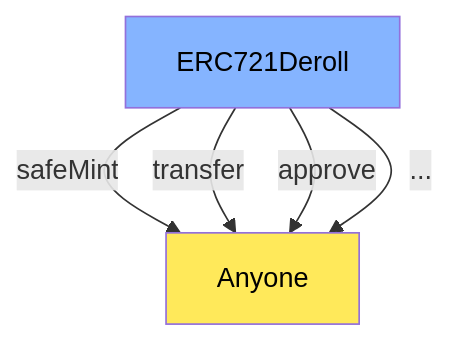
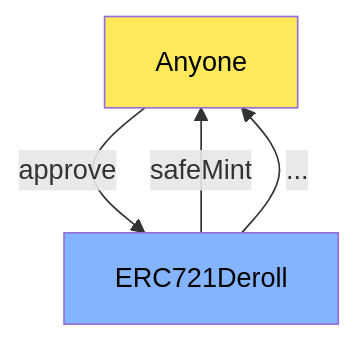
The fourth of 5 diagrams in contracts/README.md (Mugen-Builders/echo-plus-deroll), drawn with Mermaid before and after one commit. The commit also changed other lines of this file and 15 other files, not shown here.

````diff
--- a/contracts/README.md
+++ b/contracts/README.md
@@ -79,13 +79,12 @@
 ```mermaid
 graph TD
     classDef core fill:#ffe95a,color:#000
     classDef external fill:#85b4ff,color:#000
 
     Anyone:::core
     ERC721Deroll:::external
 
     ERC721Deroll -- safeMint --> Anyone
-    ERC721Deroll -- transfer --> Anyone
-    ERC721Deroll -- approve --> Anyone
+    Anyone -- approve --> ERC721Deroll
     ERC721Deroll -- ... --> Anyone
 ```
````
